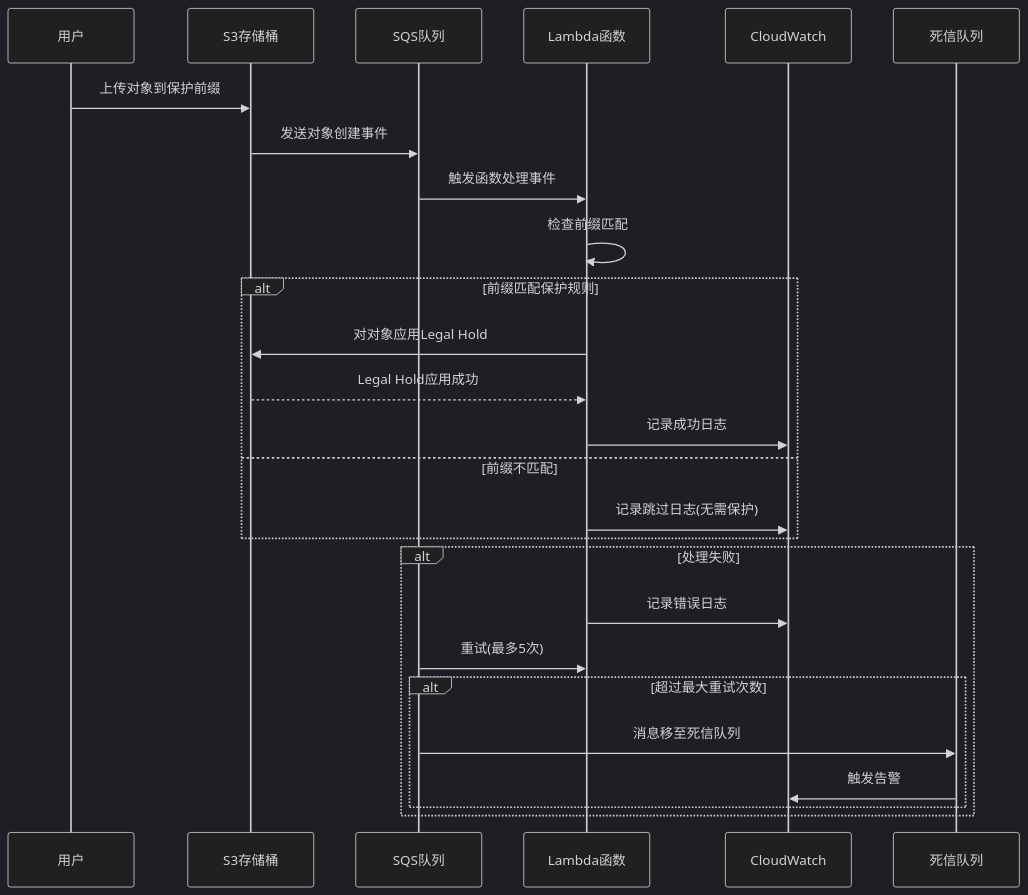
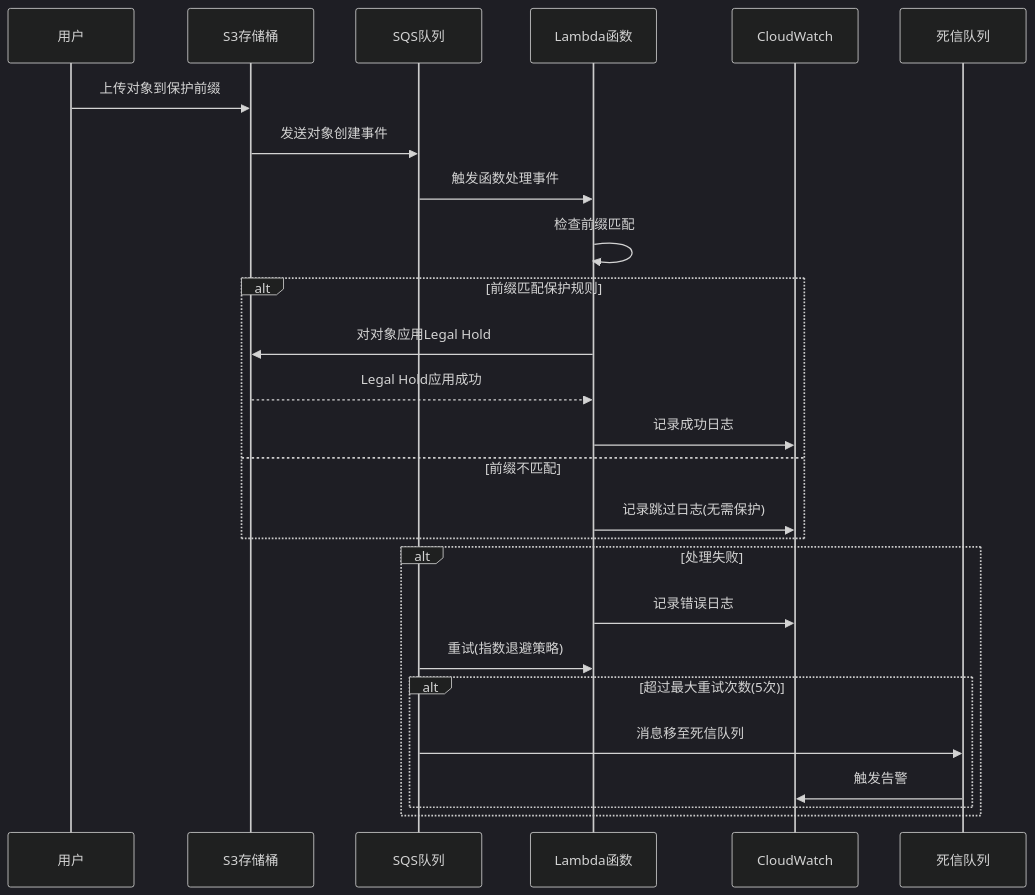
Before and after one commit to ddpie/s3-prefix-protection: the fourth of 4 diagrams in README.md, drawn with Mermaid (dark theme). The commit also changed other lines of this file, not shown here.

````diff
--- a/README.md
+++ b/README.md
@@ -260,29 +262,29 @@
 ```mermaid
 sequenceDiagram
     participant User as 用户
     participant S3 as S3存储桶
     participant SQS as SQS队列
     participant Lambda as Lambda函数
     participant CW as CloudWatch
     participant DLQ as 死信队列
 
     User->>S3: 上传对象到保护前缀
     S3->>SQS: 发送对象创建事件
     SQS->>Lambda: 触发函数处理事件
     Lambda->>Lambda: 检查前缀匹配
     alt 前缀匹配保护规则
         Lambda->>S3: 对对象应用Legal Hold
         S3-->>Lambda: Legal Hold应用成功
         Lambda->>CW: 记录成功日志
     else 前缀不匹配
         Lambda->>CW: 记录跳过日志(无需保护)
     end
     alt 处理失败
         Lambda->>CW: 记录错误日志
-        SQS->>Lambda: 重试(最多5次)
-        alt 超过最大重试次数
+        SQS->>Lambda: 重试(指数退避策略)
+        alt 超过最大重试次数(5次)
             SQS->>DLQ: 消息移至死信队列
             DLQ->>CW: 触发告警
         end
     end
 ```
````
